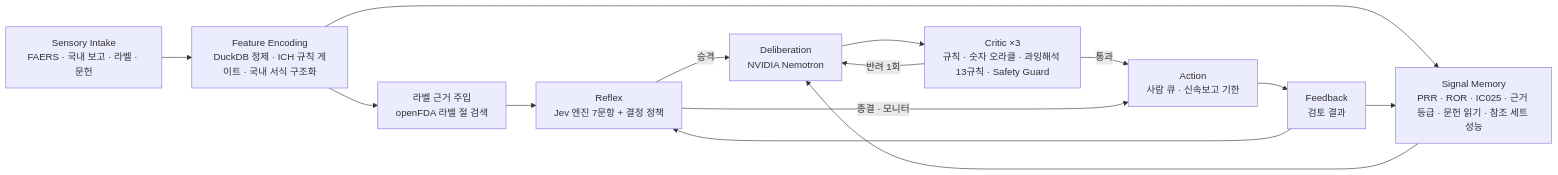
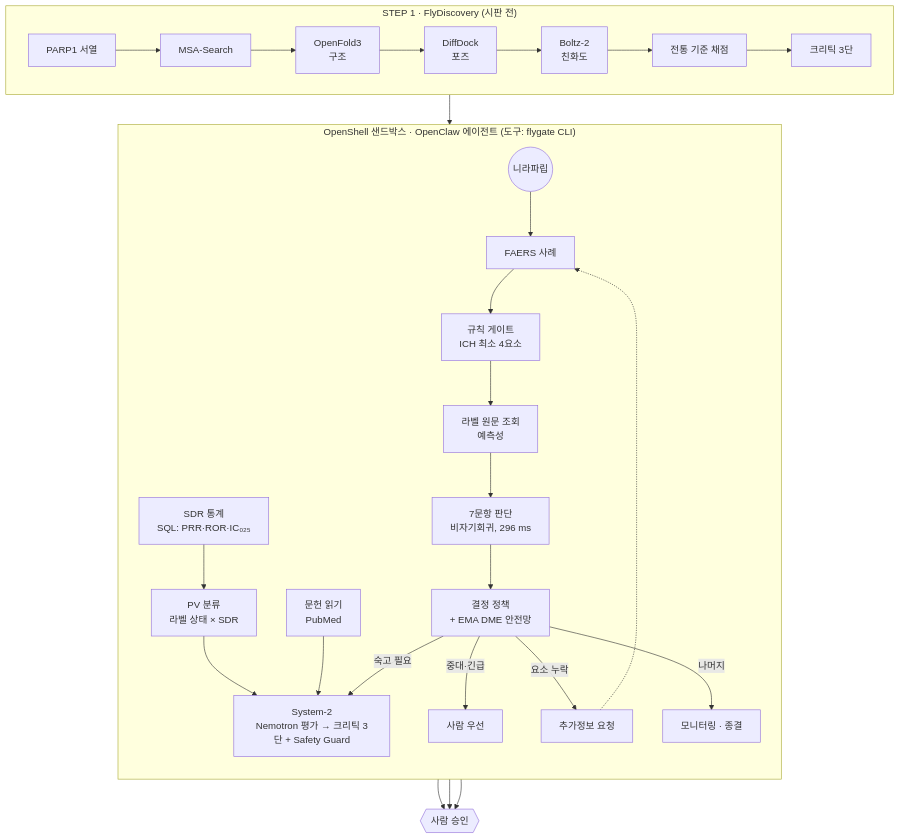
Before and after one commit to AwesomeZun/FlyVigilance: the diagram in docs/ARCHITECTURE.md, drawn with Mermaid. The commit also changed other lines of this file, not shown here.

Commit message:
ARCHITECTURE v3.0.0: 한 장 구조도와 부품 표로 정리합니다

````diff
--- a/docs/ARCHITECTURE.md
+++ b/docs/ARCHITECTURE.md
@@ -13,15 +9,30 @@
 ```mermaid
-flowchart LR
-  S[Sensory Intake<br/>FAERS · 국내 보고 · 라벨 · 문헌] --> E[Feature Encoding<br/>DuckDB 정제 · ICH 규칙 게이트 · 국내 서식 구조화]
-  E --> G[라벨 근거 주입<br/>openFDA 라벨 절 검색]
-  G --> R[Reflex<br/>Jev 엔진 7문항 + 결정 정책]
-  E --> M[Signal Memory<br/>PRR · ROR · IC025 · 근거 등급 · 문헌 읽기 · 참조 세트 성능]
-  R -->|승격| D[Deliberation<br/>NVIDIA Nemotron]
-  M --> D
-  D --> C[Critic ×3<br/>규칙 · 숫자 오라클 · 과잉해석 13규칙 · Safety Guard]
-  C -->|반려 1회| D
-  C -->|통과| A[Action<br/>사람 큐 · 신속보고 기한]
-  R -->|종결 · 모니터| A
-  A --> F[Feedback<br/>검토 결과] --> R
-  F --> M
+flowchart TB
+  subgraph STEP1["STEP 1 · FlyDiscovery (시판 전)"]
+    direction LR
+    SEQ[PARP1 서열] --> MSA[MSA-Search] --> OF[OpenFold3<br/>구조] --> DD[DiffDock<br/>포즈] --> BZ[Boltz-2<br/>친화도] --> SC[전통 기준 채점] --> CR1[크리틱 3단]
+  end
+  CR1 --> MOL((니라파립))
+
+  subgraph SANDBOX["OpenShell 샌드박스 · OpenClaw 에이전트 (도구: flygate CLI)"]
+    direction TB
+    MOL --> CASE[FAERS 사례] --> GATE["규칙 게이트<br/>ICH 최소 4요소"]
+    GATE --> LABEL[라벨 원문 조회<br/>예측성]
+    LABEL --> Q7["7문항 판단<br/>비자기회귀, 296 ms"]
+    Q7 --> POLICY[결정 정책<br/>+ EMA DME 안전망]
+
+    SDR["SDR 통계<br/>SQL: PRR·ROR·IC₀₂₅"] --> PV[PV 분류<br/>라벨 상태 × SDR]
+    PV --> SYS2
+    LIT[문헌 읽기<br/>PubMed] --> SYS2
+
+    POLICY -->|중대·긴급| HUMAN1[사람 우선]
+    POLICY -->|숙고 필요| SYS2["System-2<br/>Nemotron 평가 → 크리틱 3단 + Safety Guard"]
+    POLICY -->|요소 누락| FOLLOWUP[추가정보 요청]
+    POLICY -->|나머지| CLOSE[모니터링 · 종결]
+  end
+
+  HUMAN1 --> APPROVE{{사람 승인}}
+  SYS2 --> APPROVE
+  FOLLOWUP -.-> CASE
+  CLOSE --> APPROVE
 ```
````
